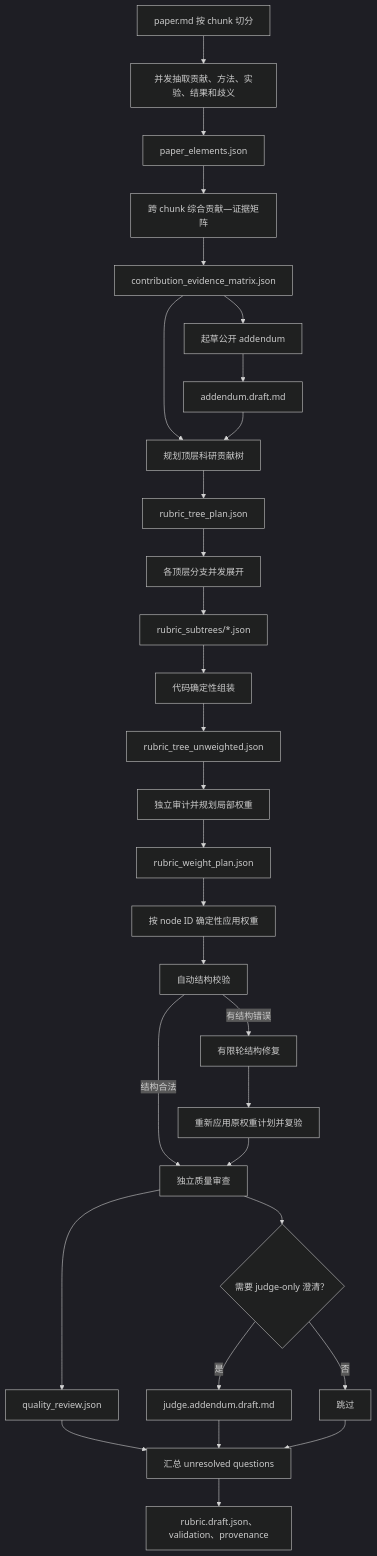
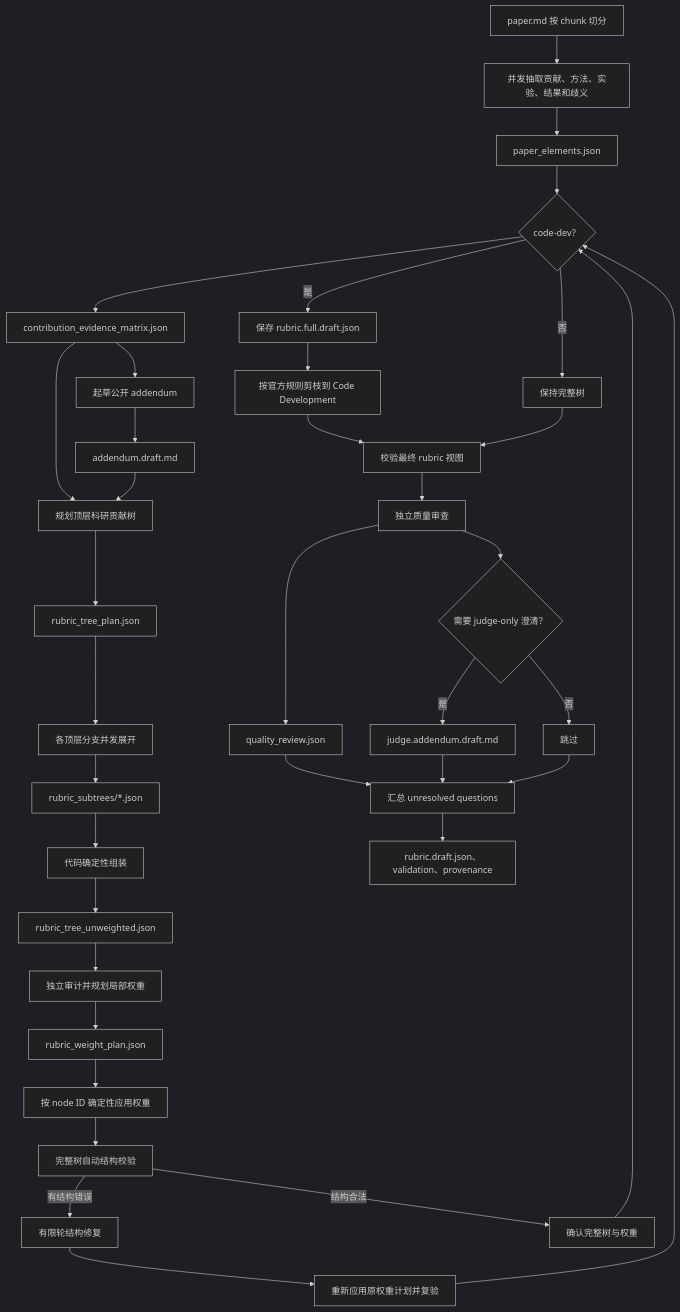
The diagram in factory/rubrics/README.zh-CN.md (namespace-ERI/PaperFactory), drawn with Mermaid (dark theme) before and after one commit. The commit also changed other lines of this file and 15 other files, not shown here.

Commit message:
feat: add official PaperBench code-dev pipeline

````diff
--- a/factory/rubrics/README.zh-CN.md
+++ b/factory/rubrics/README.zh-CN.md
@@ -40,32 +44,39 @@
 ```mermaid
 flowchart TD
     A["paper.md 按 chunk 切分"] --> B["并发抽取贡献、方法、实验、结果和歧义"]
     B --> C["paper_elements.json"]
     C --> D["跨 chunk 综合贡献—证据矩阵"]
     D --> E["contribution_evidence_matrix.json"]
     E --> F["起草公开 addendum"]
     F --> G["addendum.draft.md"]
     E --> H["规划顶层科研贡献树"]
     G --> H
     H --> I["rubric_tree_plan.json"]
     I --> J["各顶层分支并发展开"]
     J --> K["rubric_subtrees/*.json"]
     K --> L["代码确定性组装"]
     L --> M["rubric_tree_unweighted.json"]
     M --> N["独立审计并规划局部权重"]
     N --> O["rubric_weight_plan.json"]
     O --> P["按 node ID 确定性应用权重"]
-    P --> Q["自动结构校验"]
+    P --> Q["完整树自动结构校验"]
     Q -- "有结构错误" --> R["有限轮结构修复"]
     R --> S["重新应用原权重计划并复验"]
-    Q -- "结构合法" --> T["独立质量审查"]
-    S --> T
+    Q -- "结构合法" --> S0["确认完整树与权重"]
+    S --> D{"code-dev？"}
+    S0 --> D
+    D -- "是" --> D1["保存 rubric.full.draft.json"]
+    D1 --> D2["按官方规则剪枝到 Code Development"]
+    D -- "否" --> D3["保持完整树"]
+    D2 --> Q2["校验最终 rubric 视图"]
+    D3 --> Q2
+    Q2 --> T["独立质量审查"]
     T --> U["quality_review.json"]
     T --> V{"需要 judge-only 澄清？"}
     V -- "是" --> W["judge.addendum.draft.md"]
     V -- "否" --> X["跳过"]
     U --> Y["汇总 unresolved questions"]
     W --> Y
     X --> Y
     Y --> Z["rubric.draft.json、validation、provenance"]
 ```
````
